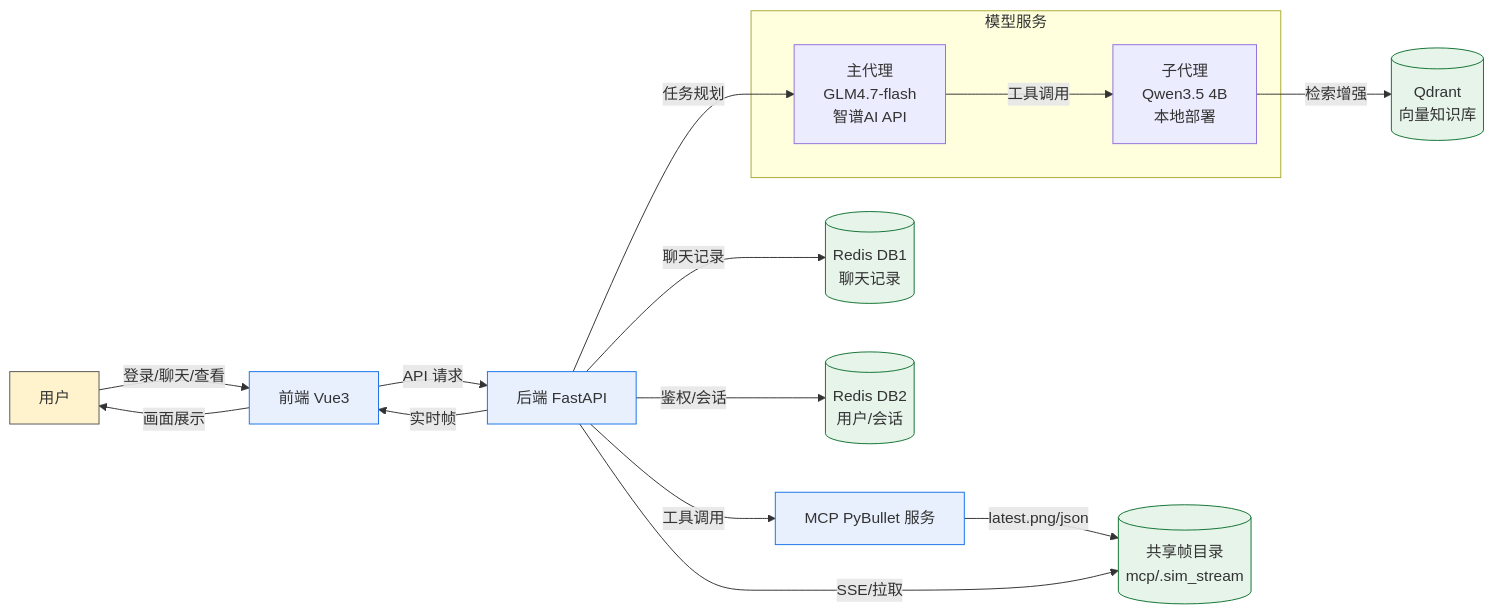
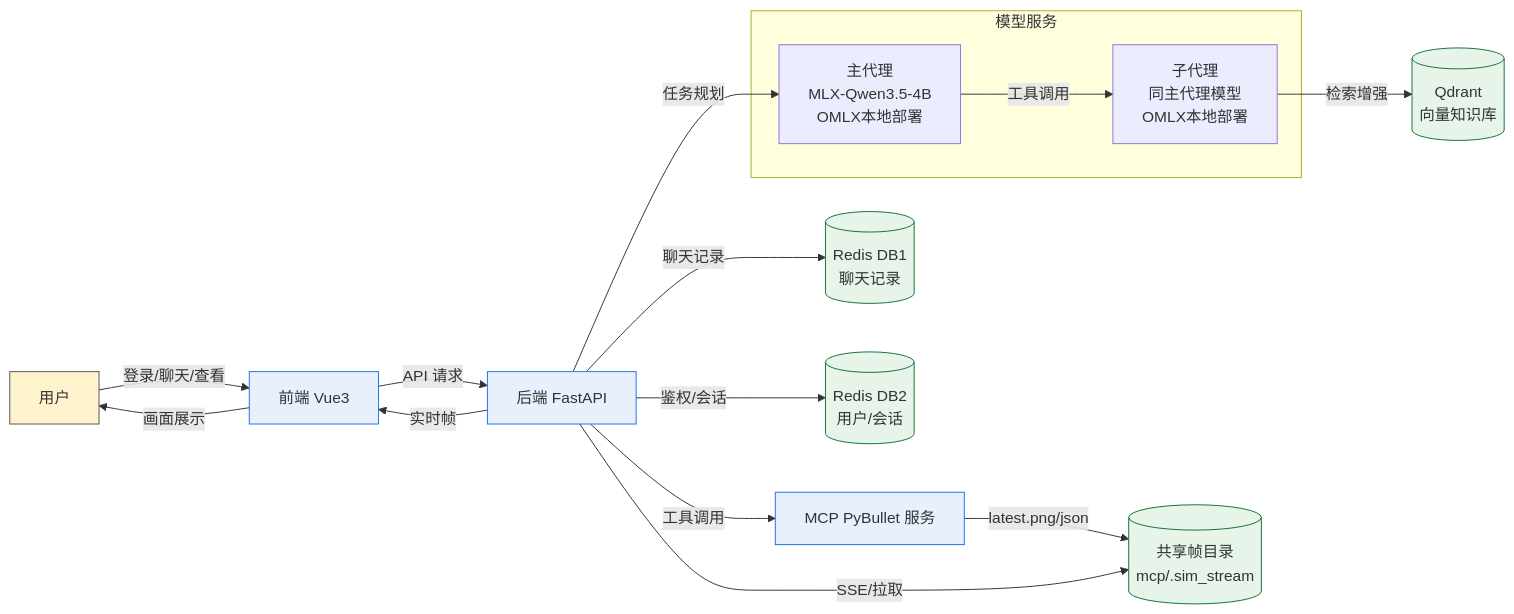
The diagram in charts/data-flow.md (Playitcooool/robotagent), drawn with Mermaid before and after one commit. The commit also changed 5 other files, not shown here.

First line of the commit message:
V4.7.19 Update docs: OMLX local inference, 3-agent architecture, revised Chapter 1 & 3 experiments

````diff
--- a/charts/data-flow.md
+++ b/charts/data-flow.md
@@ -3,38 +3,38 @@
 ```mermaid
 flowchart LR
   user[用户]:::ext
   frontend[前端 Vue3]:::proc
   backend[后端 FastAPI]:::proc
   mcp[MCP PyBullet 服务]:::proc
 
   subgraph 模型服务
-    main_agent[主代理<br/>GLM4.7-flash<br/>智谱AI API]
-    sub_agent[子代理<br/>Qwen3.5 4B<br/>本地部署]
+    main_agent[主代理<br/>MLX-Qwen3.5-4B<br/>OMLX本地部署]
+    sub_agent[子代理<br/>同主代理模型<br/>OMLX本地部署]
   end
 
   redis_chat[(Redis DB1
 聊天记录)]:::store
   redis_auth[(Redis DB2
 用户/会话)]:::store
   qdrant[(Qdrant
 向量知识库)]:::store
   sim_dir[(共享帧目录
 mcp/.sim_stream)]:::store
 
   user -->|登录/聊天/查看| frontend
   frontend -->|API 请求| backend
   backend -->|鉴权/会话| redis_auth
   backend -->|聊天记录| redis_chat
   backend -->|任务规划| main_agent
   main_agent -->|工具调用| sub_agent
   sub_agent -->|检索增强| qdrant
   backend -->|工具调用| mcp
   mcp -->|latest.png/json| sim_dir
   backend -->|SSE/拉取| sim_dir
   backend -->|实时帧| frontend
   frontend -->|画面展示| user
 
   classDef ext fill:#fff3cd,stroke:#555,stroke-width:1px;
   classDef proc fill:#e8f0fe,stroke:#1a73e8,stroke-width:1px;
   classDef store fill:#e6f4ea,stroke:#137333,stroke-width:1px;
 ```
````
